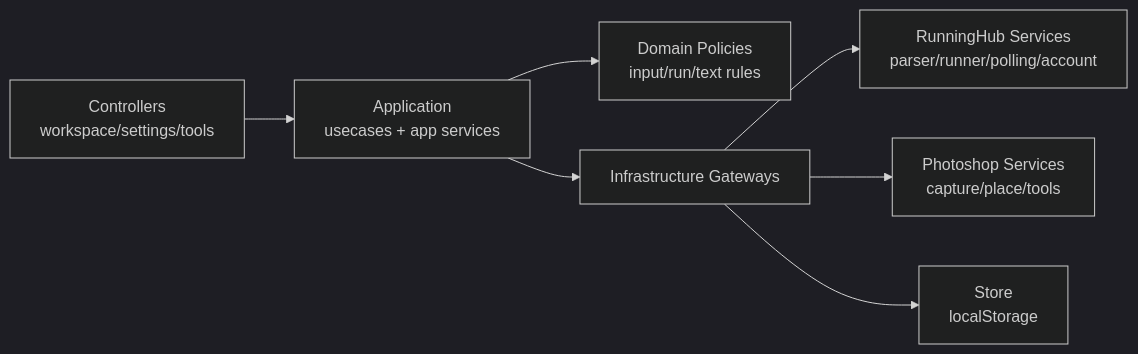
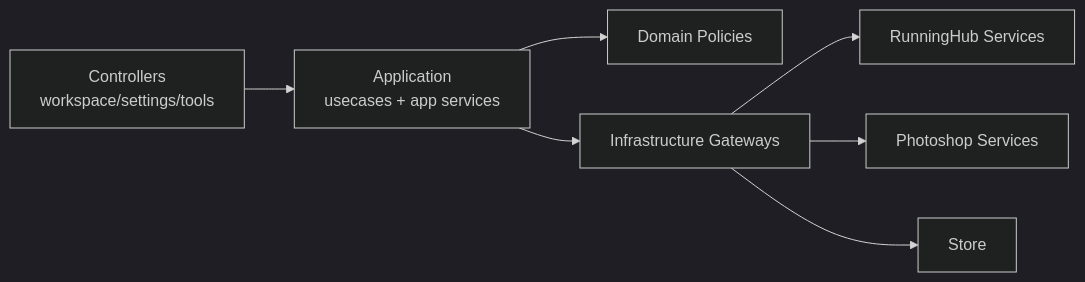
The second of 2 diagrams in README.md (XIAOTsune/PixelRunner), drawn with Mermaid (dark theme) before and after one commit. The commit also changed other lines of this file and 20 other files, not shown here.

````diff
--- a/README.md
+++ b/README.md
@@ -133,17 +152,17 @@
 ```mermaid
 flowchart LR
-  UI[Controllers\nworkspace/settings/tools]
-  APP[Application\nusecases + app services]
-  DOMAIN[Domain Policies\ninput/run/text rules]
+  UI[Controllers<br/>workspace/settings/tools]
+  APP[Application<br/>usecases + app services]
+  DOMAIN[Domain Policies]
   GW[Infrastructure Gateways]
-  RH[RunningHub Services\nparser/runner/polling/account]
-  PS[Photoshop Services\ncapture/place/tools]
-  STORE[Store\nlocalStorage]
+  RH[RunningHub Services]
+  PS[Photoshop Services]
+  STORE[Store]
 
   UI --> APP
   APP --> DOMAIN
   APP --> GW
   GW --> RH
   GW --> PS
   GW --> STORE
 ```
````
